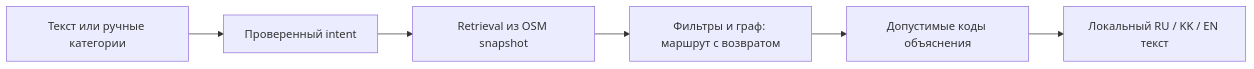
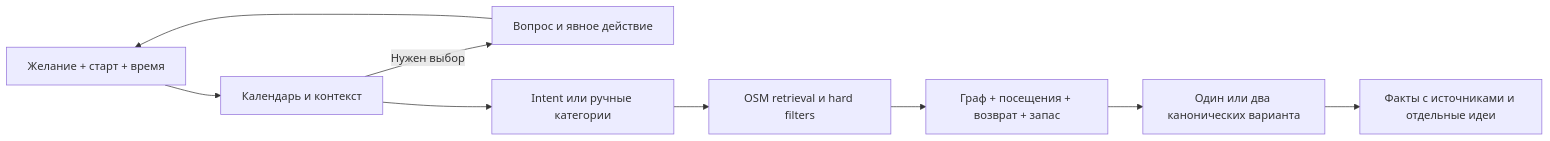
The diagram in docs/DECISIONS.md (gojosatorukz/qadam-astana), drawn with Mermaid before and after one commit. The commit also changed other lines of this file and 4 other files, not shown here.

First line of the commit message:
Update VNext architecture, QA and submission documentation

````diff
--- a/docs/DECISIONS.md
+++ b/docs/DECISIONS.md
@@ -11,8 +11,11 @@
 ```mermaid
 flowchart LR
-  A[Текст или ручные категории] --> B[Проверенный intent]
-  B --> C[Retrieval из OSM snapshot]
-  C --> D[Фильтры и граф: маршрут с возвратом]
-  D --> E[Допустимые коды объяснения]
-  E --> F[Локальный RU / KK / EN текст]
+  A[Желание + старт + время] --> B[Календарь и контекст]
+  B -->|Нужен выбор| C[Вопрос и явное действие]
+  C --> A
+  B --> D[Intent или ручные категории]
+  D --> E[OSM retrieval и hard filters]
+  E --> F[Граф + посещения + возврат + запас]
+  F --> G[Один или два канонических варианта]
+  G --> H[Факты с источниками и отдельные идеи]
 ```
````
